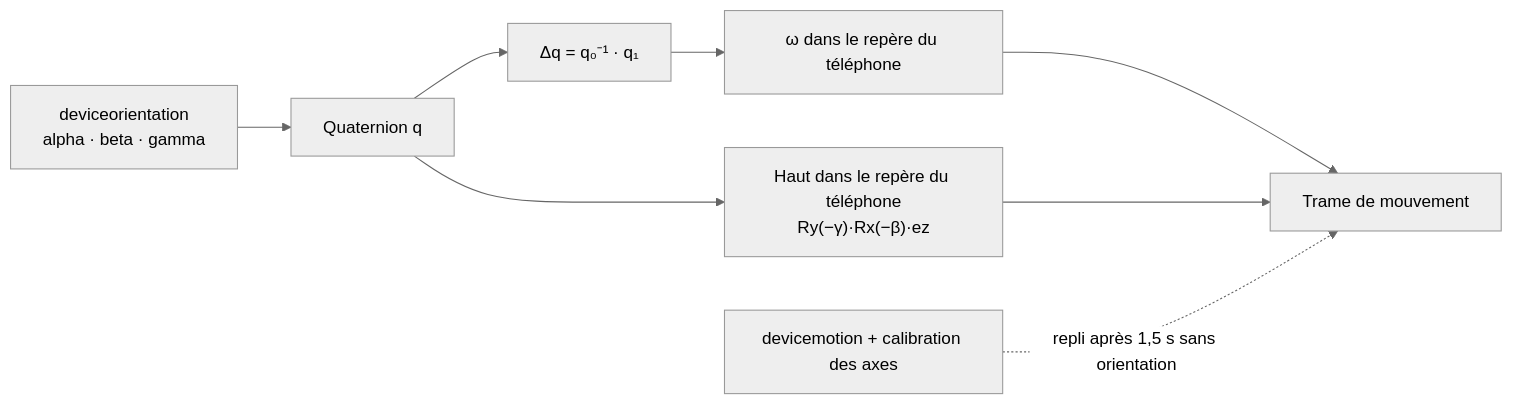
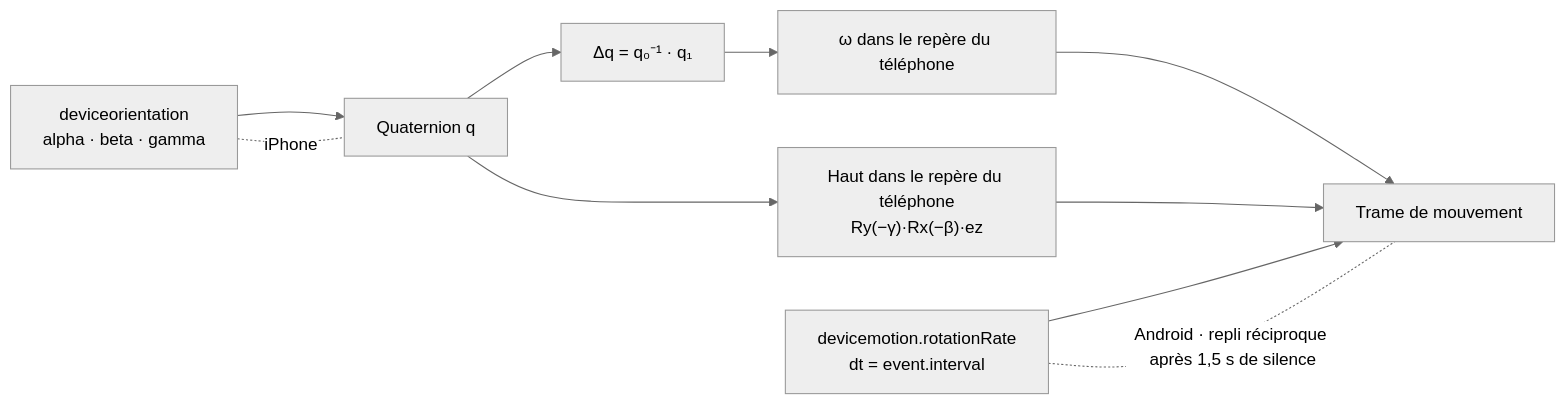
Before and after one commit to wardensfx/pwamote: diagram 16 of 26 in docs/architecture.md, drawn with Mermaid (neutral theme). The commit also changed other lines of this file and 14 other files, not shown here.

````diff
--- a/docs/architecture.md
+++ b/docs/architecture.md
@@ -372,10 +378,12 @@
 ```mermaid
 flowchart LR
   O["deviceorientation<br/>alpha · beta · gamma"] --> Q["Quaternion q"]
   Q --> D["Δq = q₀⁻¹ · q₁"]
   D --> W["ω dans le repère du téléphone"]
   Q --> U["Haut dans le repère du téléphone<br/>Ry(−γ)·Rx(−β)·ez"]
   W --> T["Trame de mouvement"]
   U --> T
-  R["devicemotion + calibration des axes"] -. "repli après 1,5 s sans orientation" .-> T
+  R["devicemotion.rotationRate<br/>dt = event.interval"] --> T
+  O -. "iPhone" .- Q
+  R -. "Android · repli réciproque après 1,5 s de silence" .- T
 ```
````
